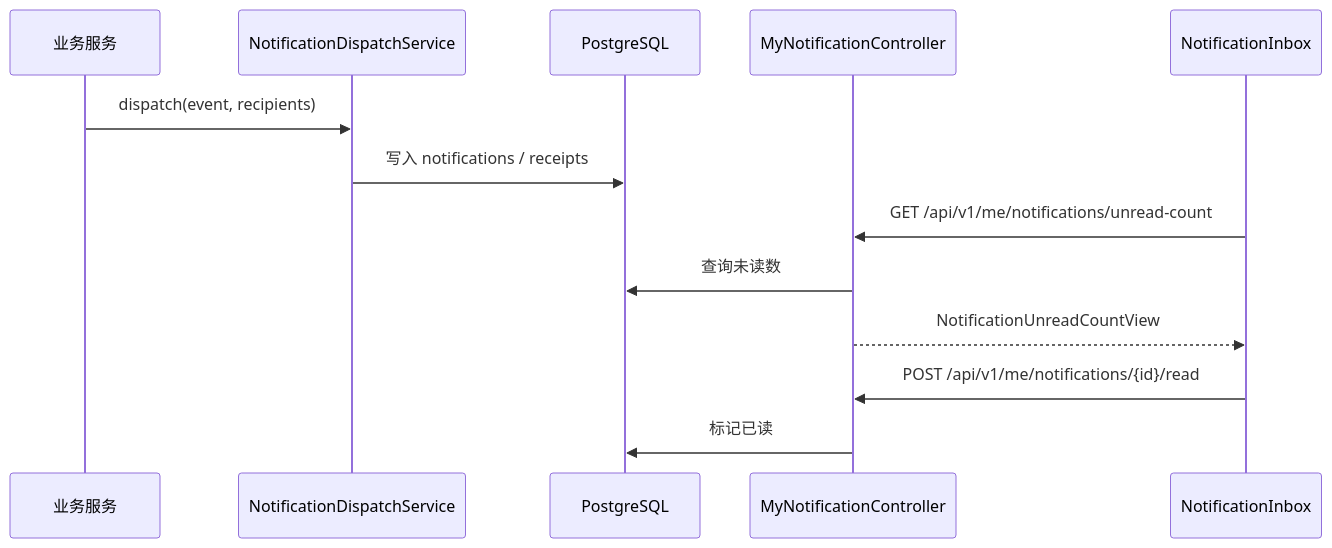
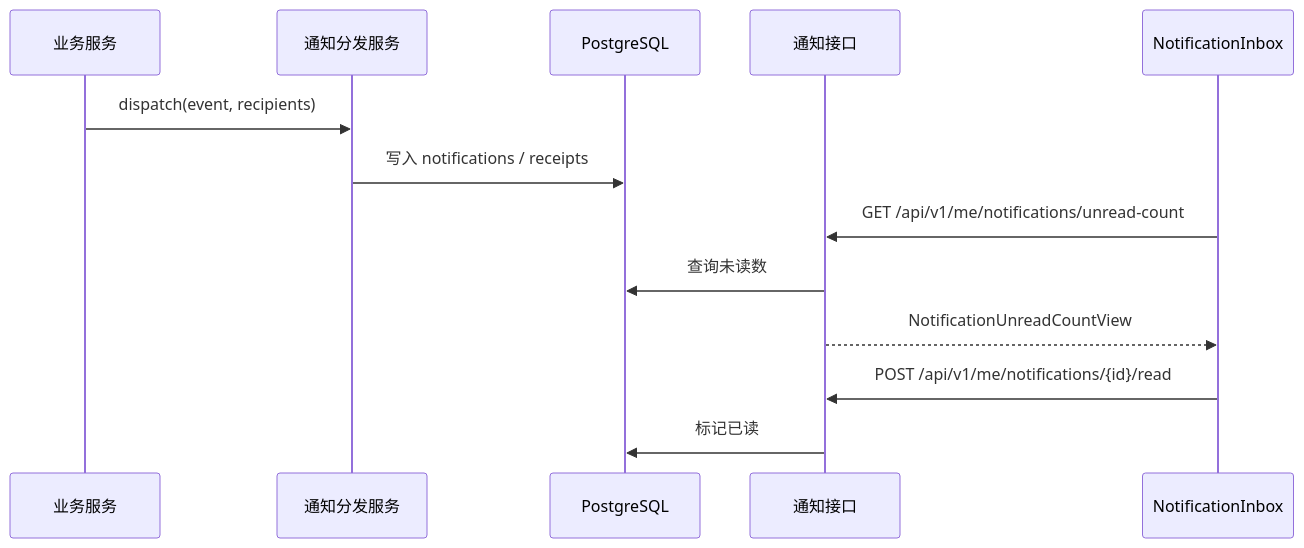
Before and after one commit to BUAA-SEProject/docs: diagram 20 of 36 in 02-process-docs/detailed-design.md, drawn with Mermaid. The commit also changed other lines of this file and 6 other files, not shown here.

````diff
--- a/02-process-docs/detailed-design.md
+++ b/02-process-docs/detailed-design.md
@@ -454,16 +461,16 @@
 ```mermaid
 sequenceDiagram
   participant Biz as 业务服务
-  participant N as NotificationDispatchService
+  participant N as 通知分发服务
   participant DB as PostgreSQL
-  participant API as MyNotificationController
+  participant API as 通知接口
   participant W as NotificationInbox
 
   Biz->>N: dispatch(event, recipients)
   N->>DB: 写入 notifications / receipts
   W->>API: GET /api/v1/me/notifications/unread-count
   API->>DB: 查询未读数
   API-->>W: NotificationUnreadCountView
   W->>API: POST /api/v1/me/notifications/{id}/read
   API->>DB: 标记已读
 ```
````
